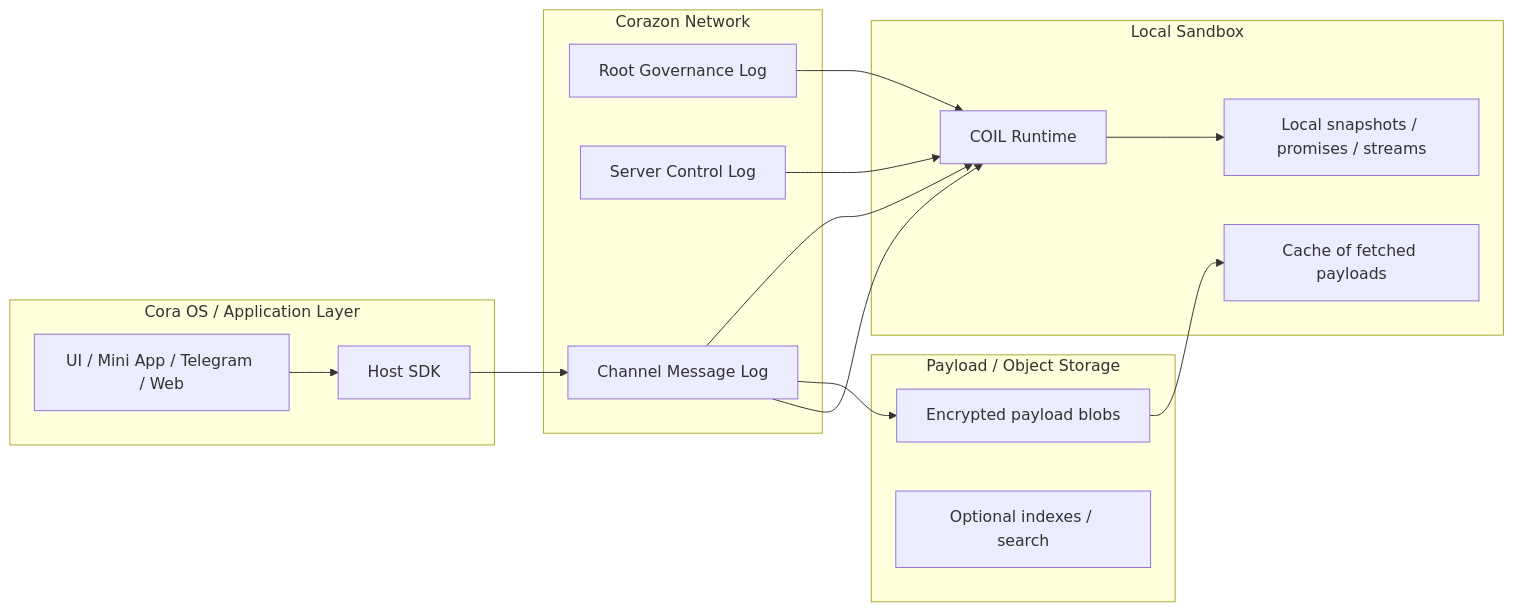
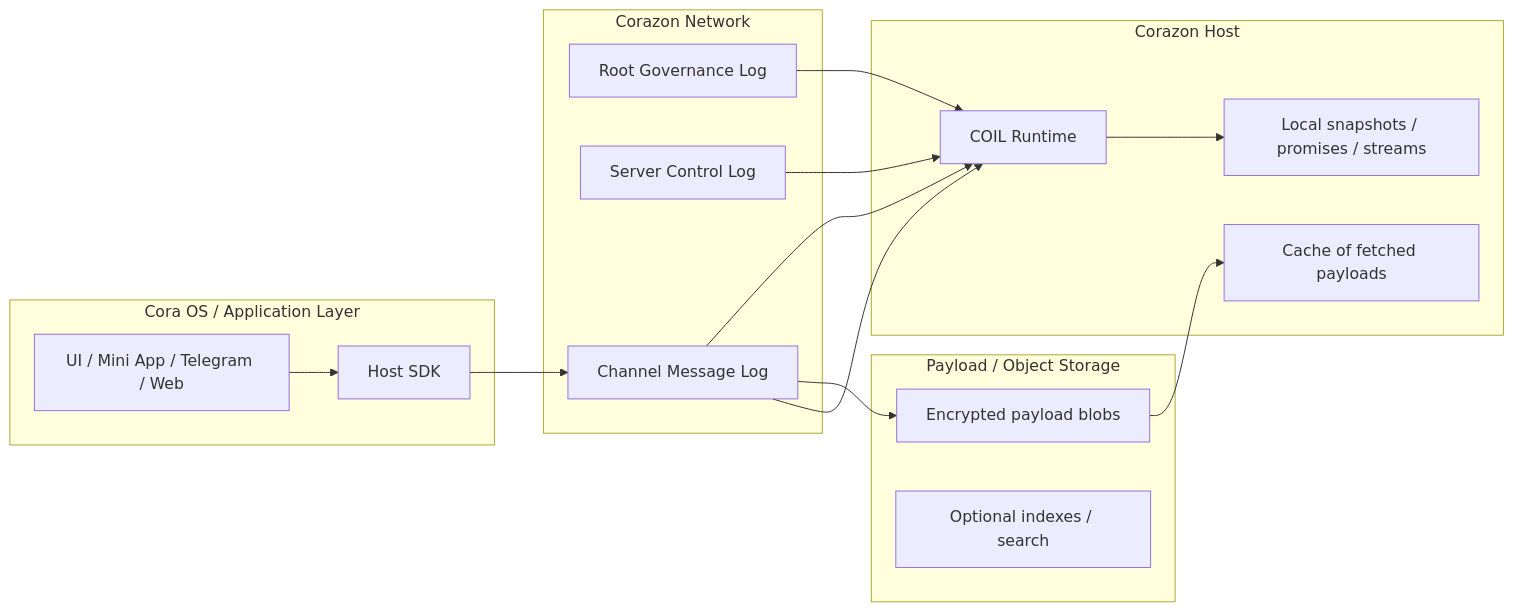
Before and after one commit to animata-systems/meta-design: the first of 2 diagrams in 2026-04-03-architecture-session/01-layers.md, drawn with Mermaid. The commit also changed other lines of this file and 23 other files, not shown here.

First line of the commit message:
Refactor "sandbox" terminology to "Corazon Host"

````diff
--- a/2026-04-03-architecture-session/01-layers.md
+++ b/2026-04-03-architecture-session/01-layers.md
@@ -52,35 +52,35 @@
 ```mermaid
 flowchart LR
     subgraph P2P["Corazon Network"]
         RG["Root Governance Log"]
         SC["Server Control Log"]
         CL["Channel Message Log"]
     end
 
     subgraph STORAGE["Payload / Object Storage"]
         PB["Encrypted payload blobs"]
         IX["Optional indexes / search"]
     end
 
-    subgraph SANDBOX["Local Sandbox"]
+    subgraph HOST["Corazon Host"]
         RT["COIL Runtime"]
         SS["Local snapshots / promises / streams"]
         CA["Cache of fetched payloads"]
     end
 
     subgraph APP["Cora OS / Application Layer"]
         UI["UI / Mini App / Telegram / Web"]
         SDK["Host SDK"]
     end
 
     UI --> SDK
     SDK --> CL
     CL --> RT
     CL --> PB
     PB --> CA
     RT --> SS
 
     RG --> RT
     SC --> RT
     CL --> RT
 ```
````
